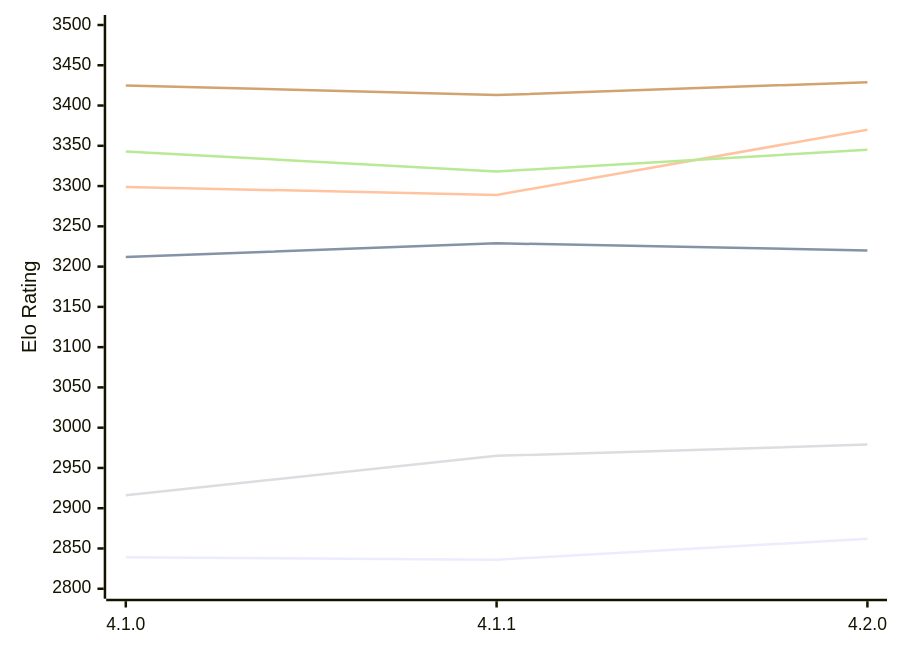
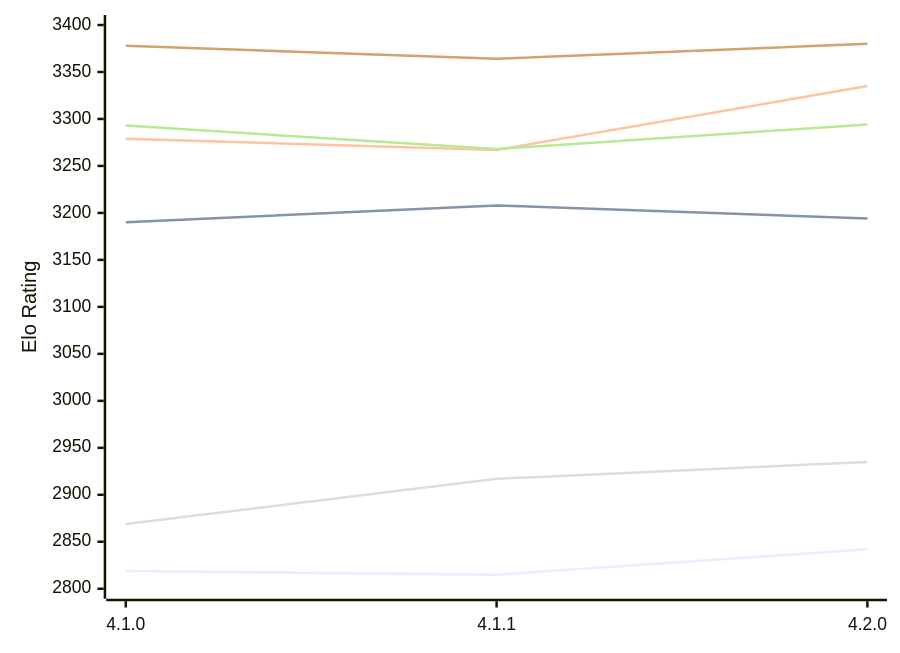
Before and after one commit to computer-chess-index/cci: the diagram in engines/LunaChessEngine.md, drawn with Mermaid. The commit also changed other lines of this file, not shown here.

Commit message:
Update CCI Ratings (ELO VLTC) - 2026-11-08

````diff
--- a/engines/LunaChessEngine.md
+++ b/engines/LunaChessEngine.md
@@ -51,12 +51,12 @@
 ```mermaid
 %%{init: {"theme":"base","themeVariables":{"seriesColors:['#a3a3a3','#222221','#faa371']}}}%%
 xychart-beta
   x-axis ["4.1.0", "4.1.1", "4.2.0"]
-  y-axis "Elo Rating" 2800 --> 3500
-  line "E1: STC (8.0+0.08s)" [2839, 2836, 2862]
-  line "E1: LTC (60.0+0.60s)" [3212, 3229, 3220]
-  line "E1: VLTC (2m24s+1.12s)" [3299, 3289, 3370]
-  line "P1: STC (8.0+0.08s)" [2916, 2965, 2979]
-  line "P1: LTC (60.0+0.60s)" [3343, 3318, 3345]
-  line "P1: VLTC (2m24s+1.12s)" [3425, 3413, 3429]
+  y-axis "Elo Rating" 2800 --> 3400
+  line "E1: STC (8.0+0.08s)" [2819, 2815, 2842]
+  line "E1: LTC (60.0+0.60s)" [3190, 3208, 3194]
+  line "E1: VLTC (2m24s+1.12s)" [3279, 3267, 3335]
+  line "P1: STC (8.0+0.08s)" [2869, 2917, 2935]
+  line "P1: LTC (60.0+0.60s)" [3293, 3268, 3294]
+  line "P1: VLTC (2m24s+1.12s)" [3378, 3364, 3380]
 ```
````
